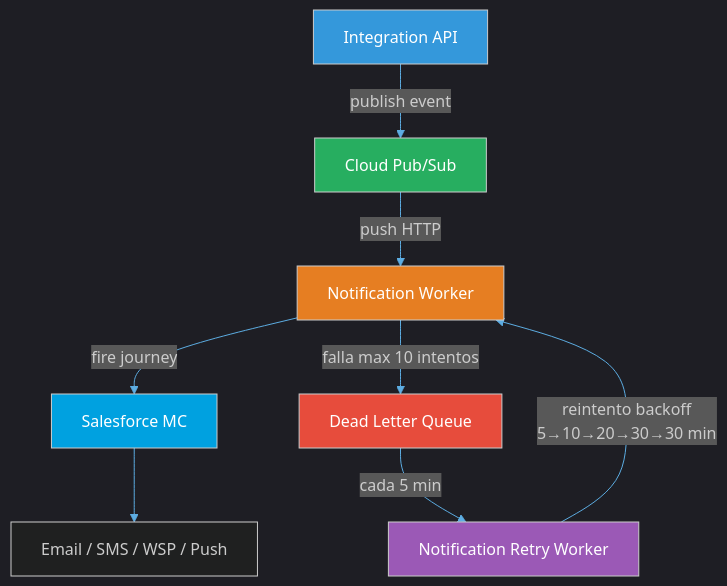
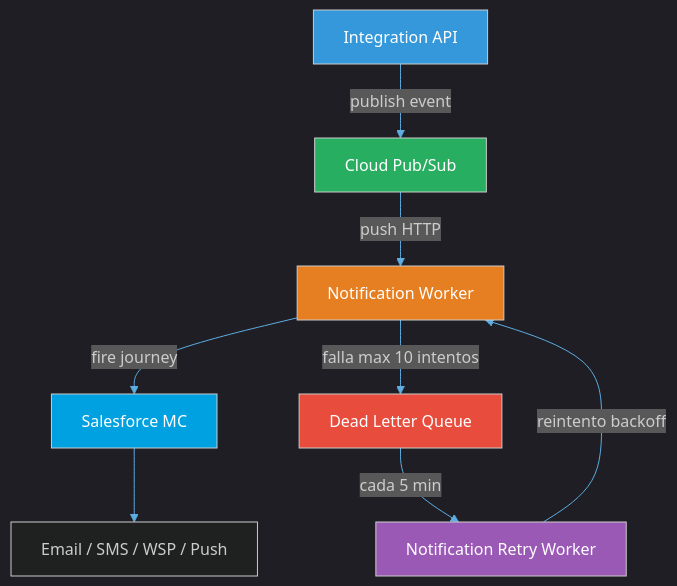
The eighth of 14 diagrams in presentations/architecture/enterprise-architecture-overview.md (developer-implementos/integration-presentations), drawn with Mermaid before and after one commit. The commit also changed other lines of this file, not shown here.

````diff
--- a/presentations/architecture/enterprise-architecture-overview.md
+++ b/presentations/architecture/enterprise-architecture-overview.md
@@ -1277,18 +1277,18 @@
 ```mermaid
 %%{init: {'theme': 'dark', 'themeVariables': {'lineColor': '#5dade2'}}}%%
 graph TD
     A[Integration API] -->|publish event| B[Cloud Pub/Sub]
     B -->|push HTTP| C[Notification Worker]
     C -->|fire journey| D[Salesforce MC]
     D --> E[Email / SMS / WSP / Push]
     C -->|falla max 10 intentos| F[Dead Letter Queue]
     F -->|cada 5 min| G[Notification Retry Worker]
-    G -->|reintento backoff<br/>5→10→20→30→30 min| C
+    G -->|reintento backoff| C
 
     style A fill:#3498db,color:#fff
     style B fill:#27ae60,color:#fff
     style C fill:#e67e22,color:#fff
     style D fill:#00a1e0,color:#fff
     style F fill:#e74c3c,color:#fff
     style G fill:#9b59b6,color:#fff
 ```
````
